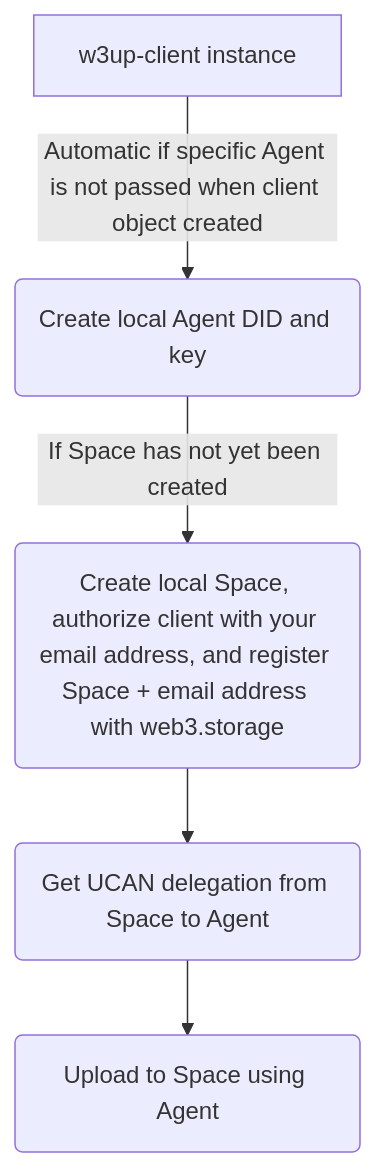
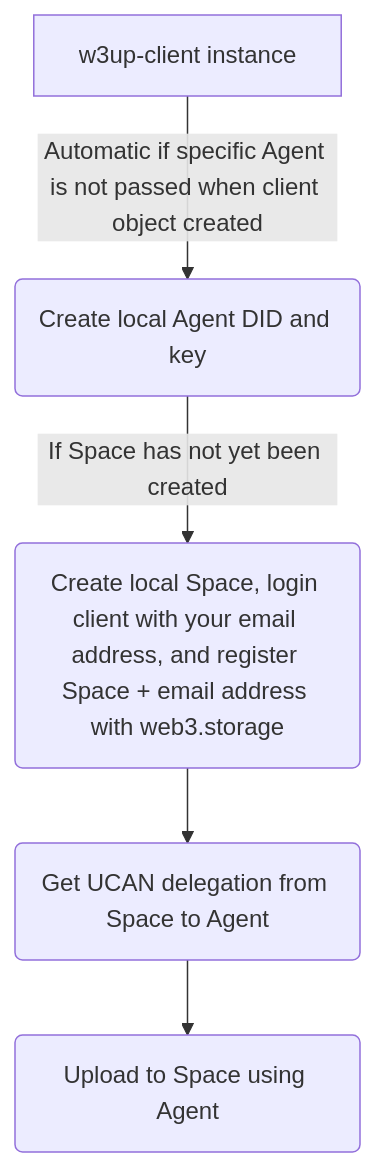
The first of 5 diagrams in packages/w3up-client/README.md (tx-ravenxbsw3/w3up), drawn with Mermaid before and after one commit. The commit also changed other lines of this file, not shown here.

Commit message:
fix: authorize renamed to login in docs (#1125)

````diff
--- a/packages/w3up-client/README.md
+++ b/packages/w3up-client/README.md
@@ -89,7 +89,7 @@
 ```mermaid
 flowchart TD
     A[w3up-client instance] -->|Automatic if specific Agent is not passed when client object created|B(Create local Agent DID and key)
-    B --> |If Space has not yet been created|S(Create local Space, authorize client with your email address, and register Space + email address with web3.storage)
+    B --> |If Space has not yet been created|S(Create local Space, login client with your email address, and register Space + email address with web3.storage)
     S --> C(Get UCAN delegation from Space to Agent)
     C --> D(Upload to Space using Agent)
 ```
````
